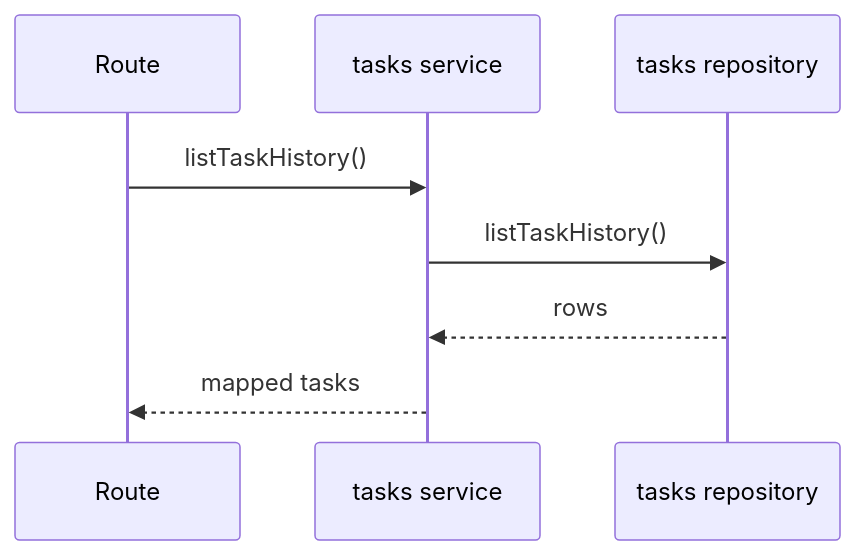
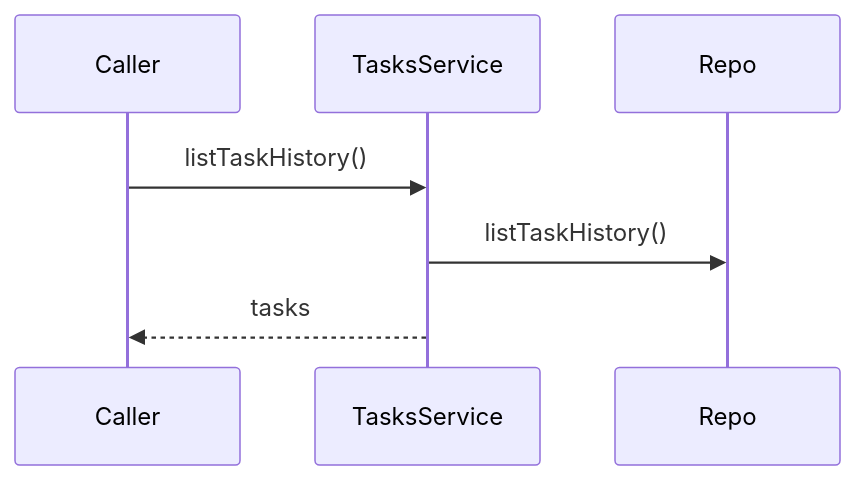
Before and after one commit to TurtleStoffel/tektite-console: the first of 8 diagrams in src/backend/domains/tasks/README.md, drawn with Mermaid. The commit also changed other lines of this file and 30 other files, not shown here.

````diff
--- a/src/backend/domains/tasks/README.md
+++ b/src/backend/domains/tasks/README.md
@@ -12,10 +9,9 @@
 ```mermaid
 sequenceDiagram
-    participant Route
-    participant Service as tasks service
-    participant Repo as tasks repository
-    Route->>Service: listTaskHistory()
-    Service->>Repo: listTaskHistory()
-    Repo-->>Service: rows
-    Service-->>Route: mapped tasks
+    participant Caller
+    participant TasksService
+    participant Repo
+    Caller->>TasksService: listTaskHistory()
+    TasksService->>Repo: listTaskHistory()
+    TasksService-->>Caller: tasks
 ```
````
